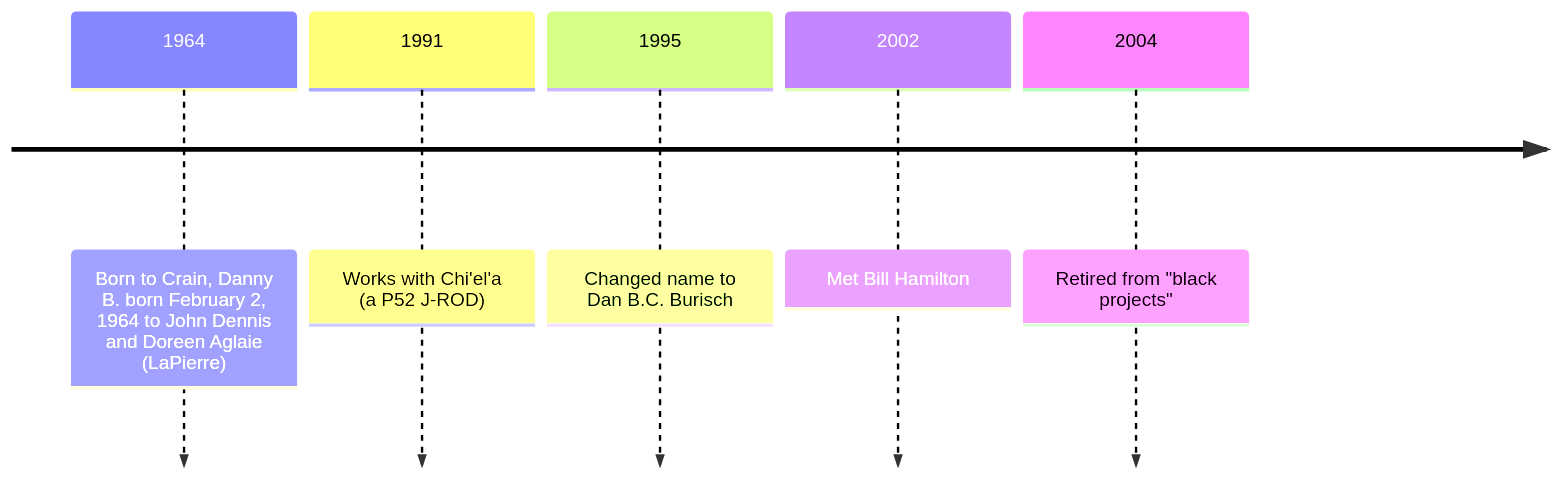
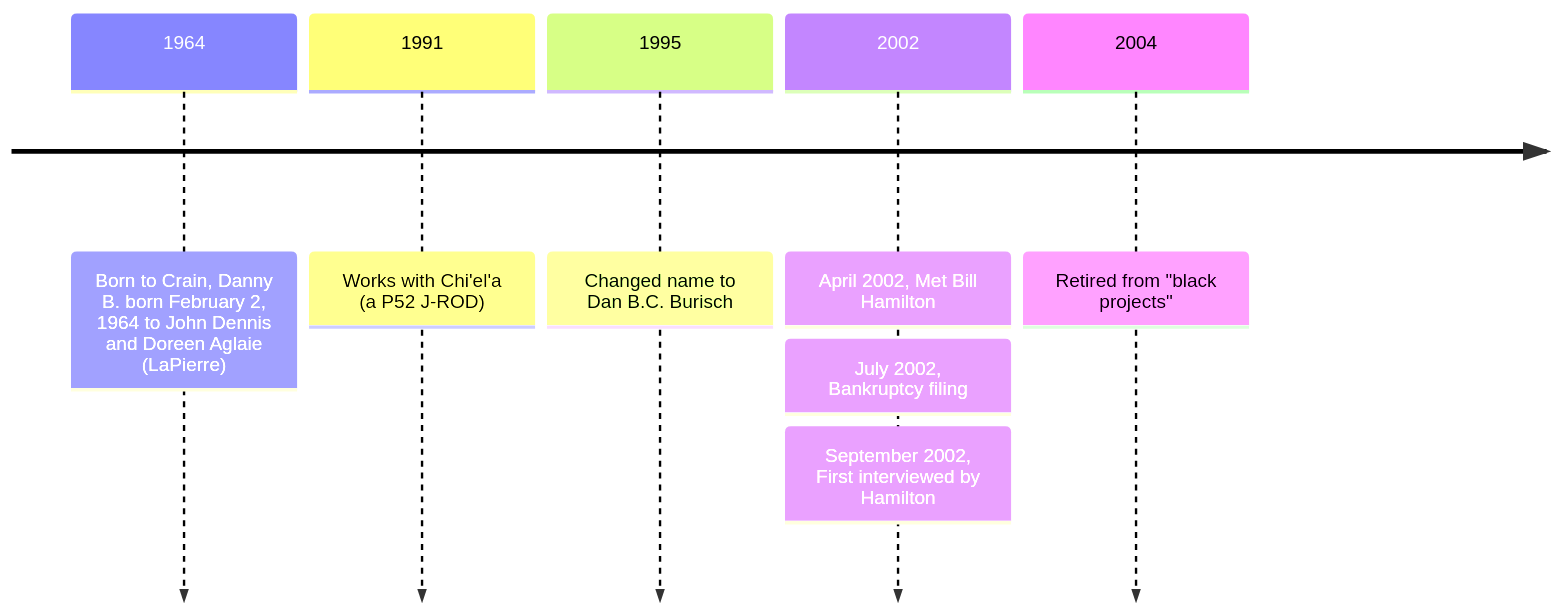
Before and after one commit to Black-Star-Institute/blackstar.github.io: the diagram in docs/people/burisch_dan.md, drawn with Mermaid. The commit also changed other lines of this file, not shown here.

````diff
--- a/docs/people/burisch_dan.md
+++ b/docs/people/burisch_dan.md
@@ -34,8 +50,10 @@
 ```mermaid
 timeline
     1964 : Born to Crain, Danny B. born February 2, 1964 to John Dennis and Doreen Aglaie (LaPierre)
     1991 : Works with Chi'el'a (a P52 J-ROD)
     1995 : Changed name to Dan B.C. Burisch
-    2002 : Met Bill Hamilton
+    2002 : April 2002, Met Bill Hamilton
+         : July 2002, Bankruptcy filing
+         : September 2002, First interviewed by Hamilton
     2004 : Retired from "black projects"
 ```
````
